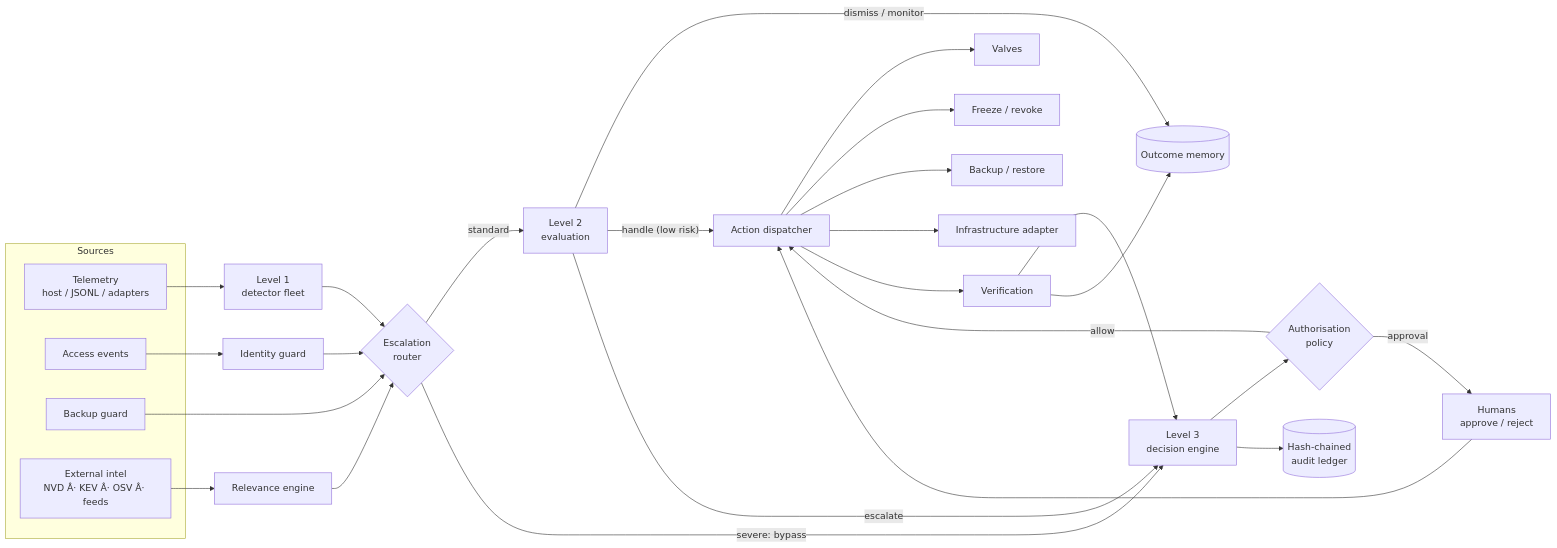
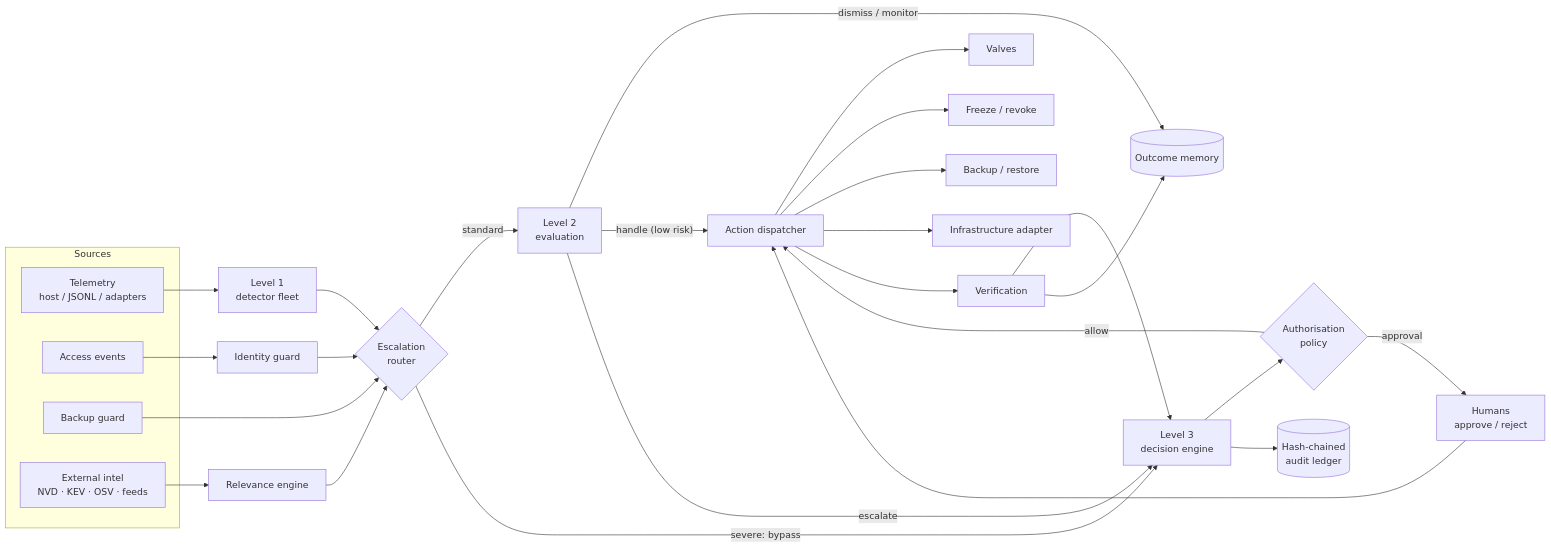
One commit to harshithkala2-debug/autonomous-infrastructure-protection-system changed the diagram in README.md. Above: the diagram before and after it, drawn with Mermaid. The commit also changed other lines of this file and 24 other files, not shown here.

````diff
--- a/README.md
+++ b/README.md
@@ -95,31 +101,31 @@
 ```mermaid
 flowchart LR
   subgraph Sources
     T[Telemetry<br/>host / JSONL / adapters]
     A[Access events]
     B[Backup guard]
-    X[External intel<br/>NVD Â· KEV Â· OSV Â· feeds]
+    X[External intel<br/>NVD · KEV · OSV · feeds]
   end
   T --> L1[Level 1<br/>detector fleet]
   A --> IG[Identity guard]
   IG --> R
   B --> R
   X --> RE[Relevance engine] --> R
   L1 --> R{Escalation<br/>router}
   R -- standard --> L2[Level 2<br/>evaluation]
   R -- severe: bypass --> L3[Level 3<br/>decision engine]
   L2 -- dismiss / monitor --> M[(Outcome memory)]
   L2 -- handle (low risk) --> E
   L2 -- escalate --> L3
   L3 --> P{Authorisation<br/>policy}
   P -- allow --> E[Action dispatcher]
   P -- approval --> H[Humans<br/>approve / reject]
   H --> E
   E --> V1[Valves]
   E --> IAM[Freeze / revoke]
   E --> BK[Backup / restore]
   E --> AD[Infrastructure adapter]
   E --> VF[Verification] --> L3
   L3 --> AU[(Hash-chained<br/>audit ledger)]
   VF --> M
 ```
````
